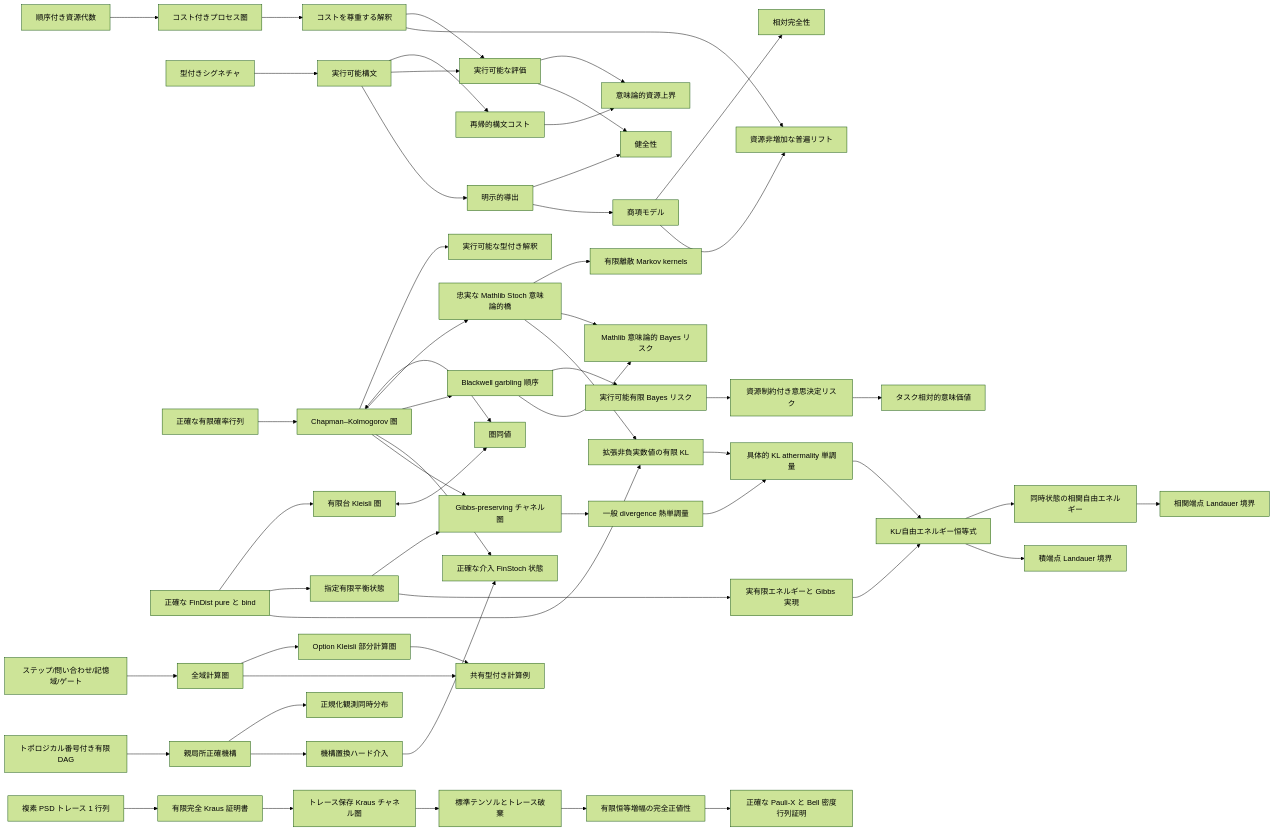
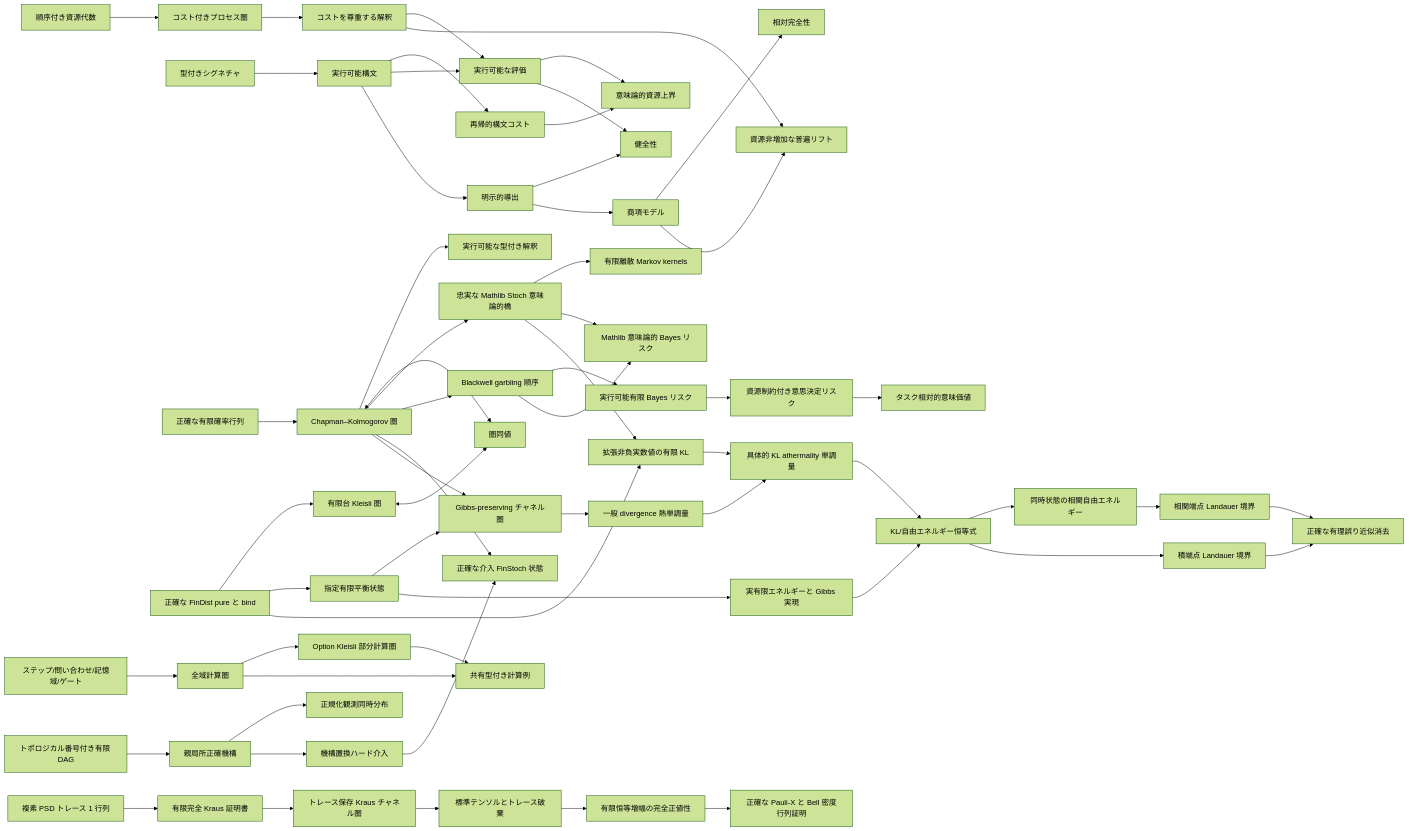
Before and after one commit to miuchan/ript: the diagram in docs/README.ja.md, drawn with Mermaid (forest theme). The commit also changed other lines of this file and 11 other files, not shown here.

````diff
--- a/docs/README.ja.md
+++ b/docs/README.ja.md
@@ -914,59 +934,61 @@
 ```mermaid
 flowchart LR
   R["順序付き資源代数"] --> C["コスト付きプロセス圏"]
   S["型付きシグネチャ"] --> X["実行可能構文"]
   X --> K["再帰的構文コスト"]
   C --> I["コストを尊重する解釈"]
   X --> E["実行可能な評価"]
   I --> E
   K --> B["意味論的資源上界"]
   E --> B
   X --> D["明示的導出"]
   D --> SO["健全性"]
   E --> SO
   D --> T["商項モデル"]
   T --> CO["相対完全性"]
   I --> U["資源非増加な普遍リフト"]
   T --> U
   F["正確な有限確率行列"] --> CK["Chapman–Kolmogorov 圏"]
   CK --> EX["実行可能な型付き解釈"]
   FD["正確な FinDist pure と bind"] --> KL["有限台 Kleisli 圏"]
   CK <--> EQ["圏同値"]
   KL <--> EQ
   CK --> ST["忠実な Mathlib Stoch 意味論的橋"]
   ST --> MT["有限離散 Markov kernels"]
   CK --> BW["Blackwell garbling 順序"]
   ST --> SB["Mathlib 意味論的 Bayes リスク"]
   BW --> FR["実行可能有限 Bayes リスク"]
   FR --> RR["資源制約付き意思決定リスク"]
   RR --> SV["タスク相対的意味価値"]
   BW --> SB
   CR["ステップ/問い合わせ/記憶域/ゲート"] --> TC["全域計算圏"]
   TC --> PC["Option Kleisli 部分計算圏"]
   TC --> CE["共有型付き計算例"]
   PC --> CE
   DAG["トポロジカル番号付き有限 DAG"] --> CM["親局所正確機構"]
   CM --> OJ["正規化観測同時分布"]
   CM --> DO["機構置換ハード介入"]
   DO --> IS["正確な介入 FinStoch 状態"]
   CK --> IS
   FD --> TE["指定有限平衡状態"]
   CK --> GP["Gibbs-preserving チャネル圏"]
   TE --> GP
   GP --> TM["一般 divergence 熱単調量"]
   FD --> FKL["拡張非負実数値の有限 KL"]
   ST --> FKL
   FKL --> KTM["具体的 KL athermality 単調量"]
   TM --> KTM
   TE --> GD["実有限エネルギーと Gibbs 実現"]
   GD --> FE["KL/自由エネルギー恒等式"]
   KTM --> FE
   FE --> Corr["同時状態の相関自由エネルギー"]
   FE --> LW["積端点 Landauer 境界"]
   Corr --> CLW["相関端点 Landauer 境界"]
+  LW --> AE["正確な有理誤り近似消去"]
+  CLW --> AE
   QB["複素 PSD トレース 1 行列"] --> QK["有限完全 Kraus 証明書"]
   QK --> QC["トレース保存 Kraus チャネル圏"]
   QC --> QT["標準テンソルとトレース破棄"]
   QT --> QP["有限恒等増幅の完全正値性"]
   QP --> QX["正確な Pauli-X と Bell 密度行列証明"]
 ```
````
